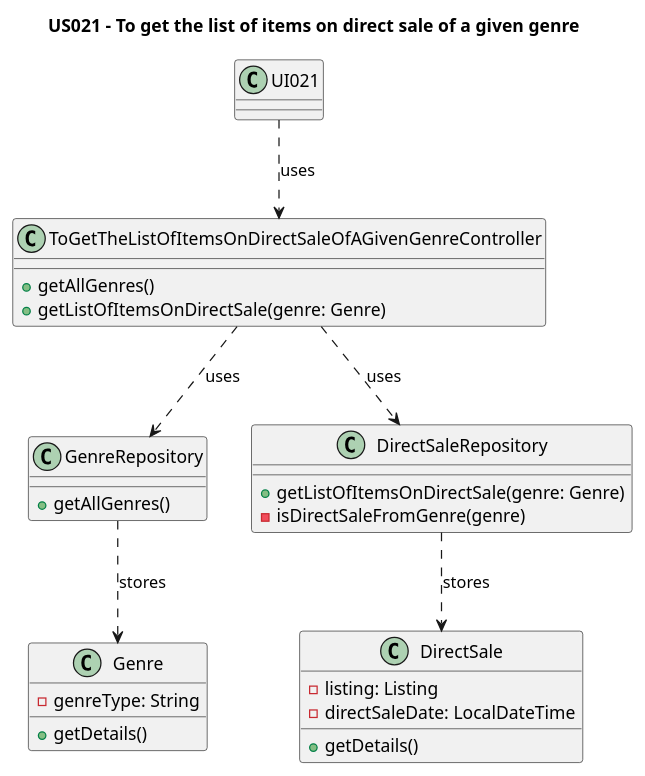
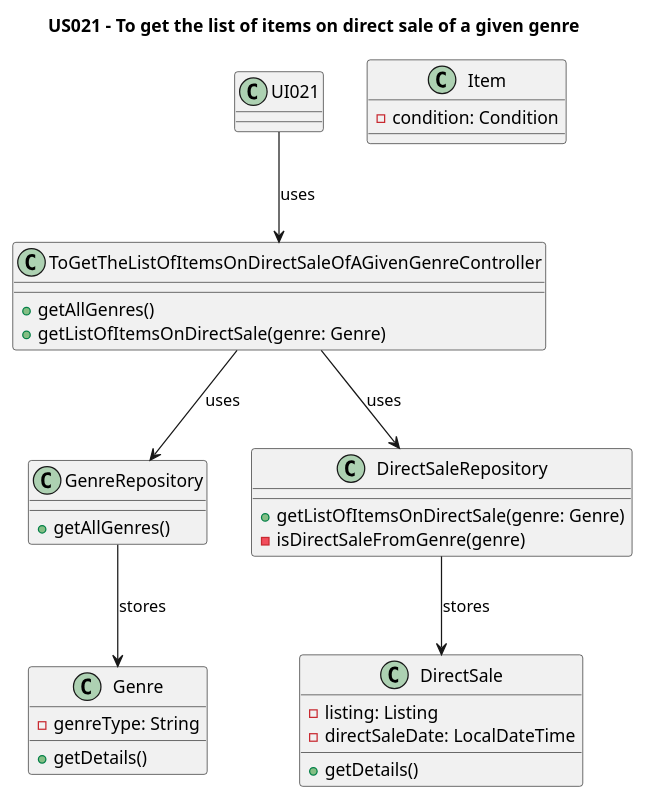
One commit to AndrePereiraGitH/SWitCH-Project-Team_A changed the diagram in Diagrams/ClassDiagrams/US021-to-get-the-list-of-items-on-direct-sale-of-a-given-genre.puml. Above: the diagram before and after it, drawn with PlantUML. The commit also changed 7 other files, not shown here.

```diff
--- a/Diagrams/ClassDiagrams/US021-to-get-the-list-of-items-on-direct-sale-of-a-given-genre.puml
+++ b/Diagrams/ClassDiagrams/US021-to-get-the-list-of-items-on-direct-sale-of-a-given-genre.puml
@@ -1,62 +1,69 @@
 @startuml
 title US021 - To get the list of items on direct sale of a given genre
 
 class UI021 {
 
 }
 
 class ToGetTheListOfItemsOnDirectSaleOfAGivenGenreController {
   +getAllGenres()
   +getListOfItemsOnDirectSale(genre: Genre)
 }
 
 class GenreRepository {
   +getAllGenres()
 }
 
 'class GenreDTO_US021 {}
 
 class Genre {
     -genreType: String
     +getDetails()
 }
 
 'tirei
 'class GenreMapper_US021 {
    '+toDTO(listOfAllGenres: List<Genre)
 '}
 
 
 'tirei
 'class DirectSaleMapper_US021 {
  '  +toDTO(listOfDirectSales: List<DirectSale)}
 
 class DirectSaleRepository {
   +getListOfItemsOnDirectSale(genre: Genre)
   -isDirectSaleFromGenre(genre)
 }
 
 class DirectSale {
   - listing: Listing
   - directSaleDate: LocalDateTime
   +getDetails()
 }
+
+class Item{
+-condition: Condition
+
+
+}
+
 ' Interactions
 
-UI021 ..> ToGetTheListOfItemsOnDirectSaleOfAGivenGenreController : uses
-ToGetTheListOfItemsOnDirectSaleOfAGivenGenreController ..> DirectSaleRepository : uses
-ToGetTheListOfItemsOnDirectSaleOfAGivenGenreController ..> GenreRepository : uses
+UI021 --> ToGetTheListOfItemsOnDirectSaleOfAGivenGenreController : uses
+ToGetTheListOfItemsOnDirectSaleOfAGivenGenreController --> DirectSaleRepository : uses
+ToGetTheListOfItemsOnDirectSaleOfAGivenGenreController --> GenreRepository : uses
 
 'tirei
 'ToGetTheListOfItemsOnDirectSaleOfAGivenGenreController ..> GenreMapper_US021 : uses
 'GenreMapper_US021 ..> GenreDTO_US021 : maps to
 'GenreMapper_US021 ..> Genre : communicates\n with
 'DirectSaleMapper_US021 ..>  DirectSale : communicates\n with
 'ToGetTheListOfItemsOnDirectSaleOfAGivenGenreController ..> DirectSaleMapper_US021 : uses
 'DirectSaleMapper_US021 ..> DirectSaleDTO_US021 : maps to
 
-GenreRepository ..> Genre : stores
-DirectSaleRepository ..> DirectSale : stores
+GenreRepository --> Genre : stores
+DirectSaleRepository --> DirectSale : stores
 
 
 @enduml
```
